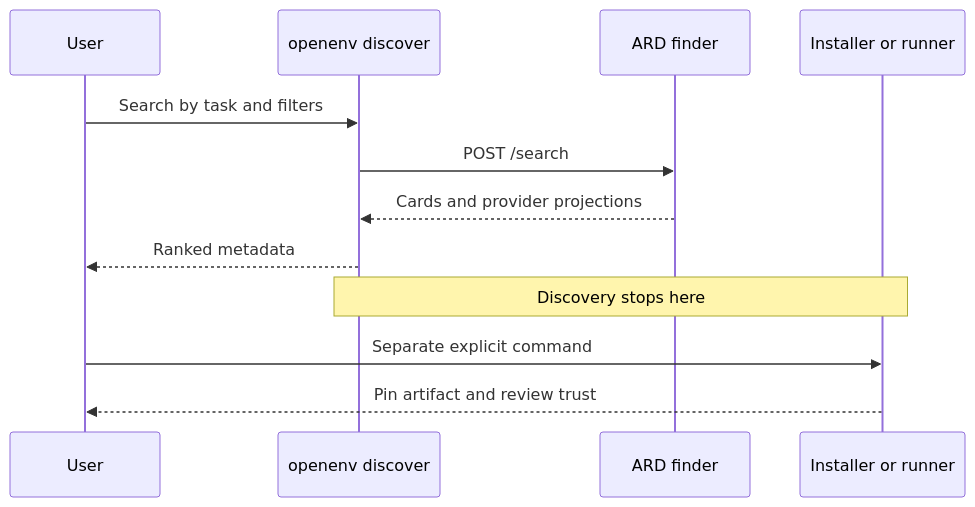
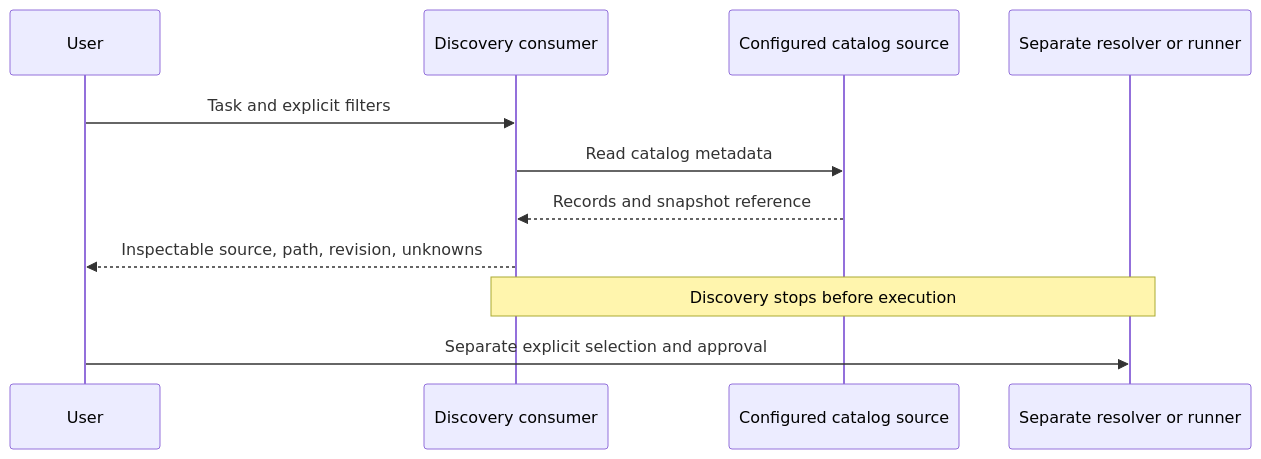
One commit to meta-pytorch/OpenEnv changed the third of 4 diagrams in rfcs/011-ard-catalog-discovery.md. Above: the diagram before and after it, drawn with Mermaid. The commit also changed other lines of this file and 1 other file, not shown here.

Commit message:
docs: refocus RFC 011 on versioned discovery metadata

````diff
--- a/rfcs/011-ard-catalog-discovery.md
+++ b/rfcs/011-ard-catalog-discovery.md
@@ -601,15 +408,13 @@
 ```mermaid
 sequenceDiagram
   participant U as User
-  participant C as openenv discover
-  participant F as ARD finder
-  participant R as Installer or runner
-
-  U->>C: Search by task and filters
-  C->>F: POST /search
-  F-->>C: Cards and provider projections
-  C-->>U: Ranked metadata
-  Note over C,R: Discovery stops here
-  U->>R: Separate explicit command
-  R-->>U: Pin artifact and review trust
+  participant C as Discovery consumer
+  participant S as Configured catalog source
+  participant R as Separate resolver or runner
+  U->>C: Task and explicit filters
+  C->>S: Read catalog metadata
+  S-->>C: Records and snapshot reference
+  C-->>U: Inspectable source, path, revision, unknowns
+  Note over C,R: Discovery stops before execution
+  U->>R: Separate explicit selection and approval
 ```
````
